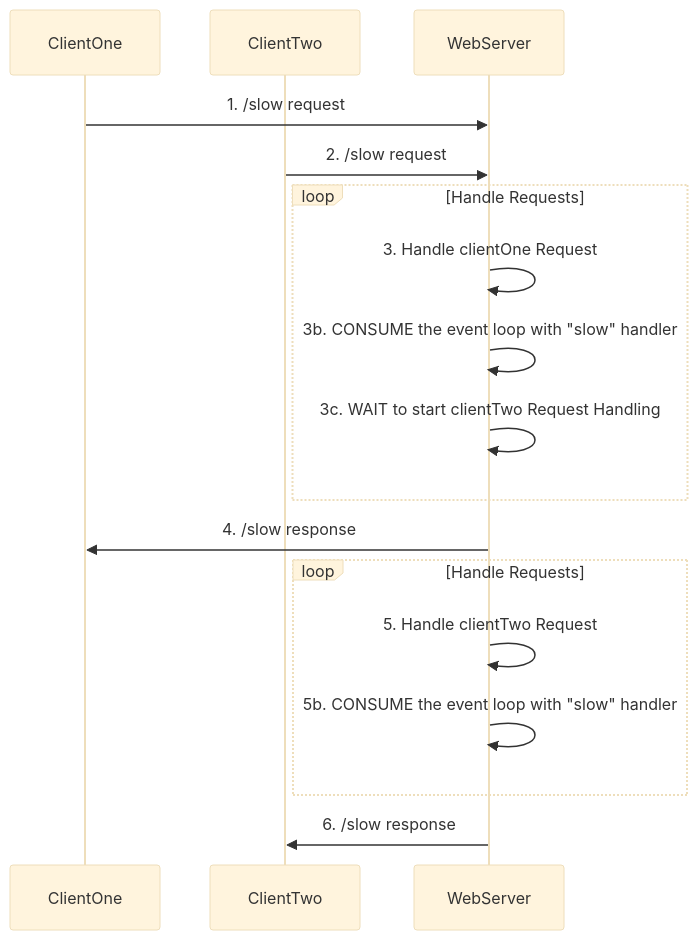
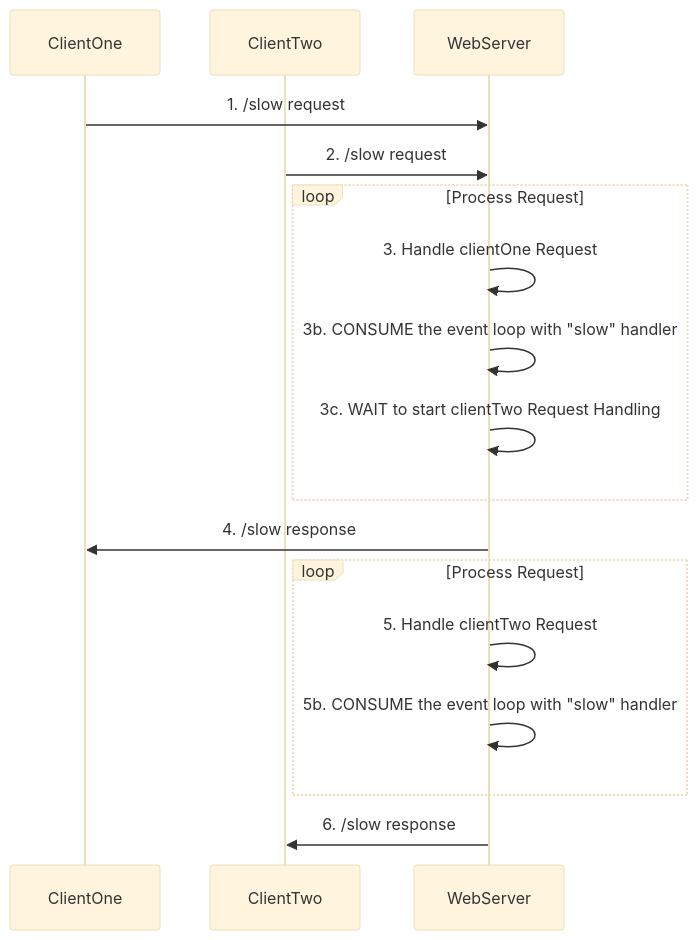
One commit to imagineLife/big-site changed the first of 2 diagrams in content/node/http-server/event-loop-and-servers.md. Above: the diagram before and after it, drawn with Mermaid (base theme). The commit also changed other lines of this file, not shown here.

````diff
--- a/content/node/http-server/event-loop-and-servers.md
+++ b/content/node/http-server/event-loop-and-servers.md
@@ -67,19 +66,19 @@
 ```mermaid
   sequenceDiagram
     participant ClientOne
     participant ClientTwo
     participant WebServer
     ClientOne->>WebServer: 1. /slow request
     ClientTwo->>WebServer: 2. /slow request
-    loop Handle Requests
+    loop Process Request
         WebServer->>WebServer: 3. Handle clientOne Request
         WebServer->>WebServer: 3b. CONSUME the event loop with "slow" handler
         WebServer->>WebServer: 3c. WAIT to start clientTwo Request Handling
     end
     WebServer->>ClientOne: 4. /slow response
-    loop Handle Requests
+    loop Process Request
         WebServer->>WebServer: 5. Handle clientTwo Request
         WebServer->>WebServer: 5b. CONSUME the event loop with "slow" handler
     end
     WebServer->>ClientTwo: 6. /slow response
 ```
````
